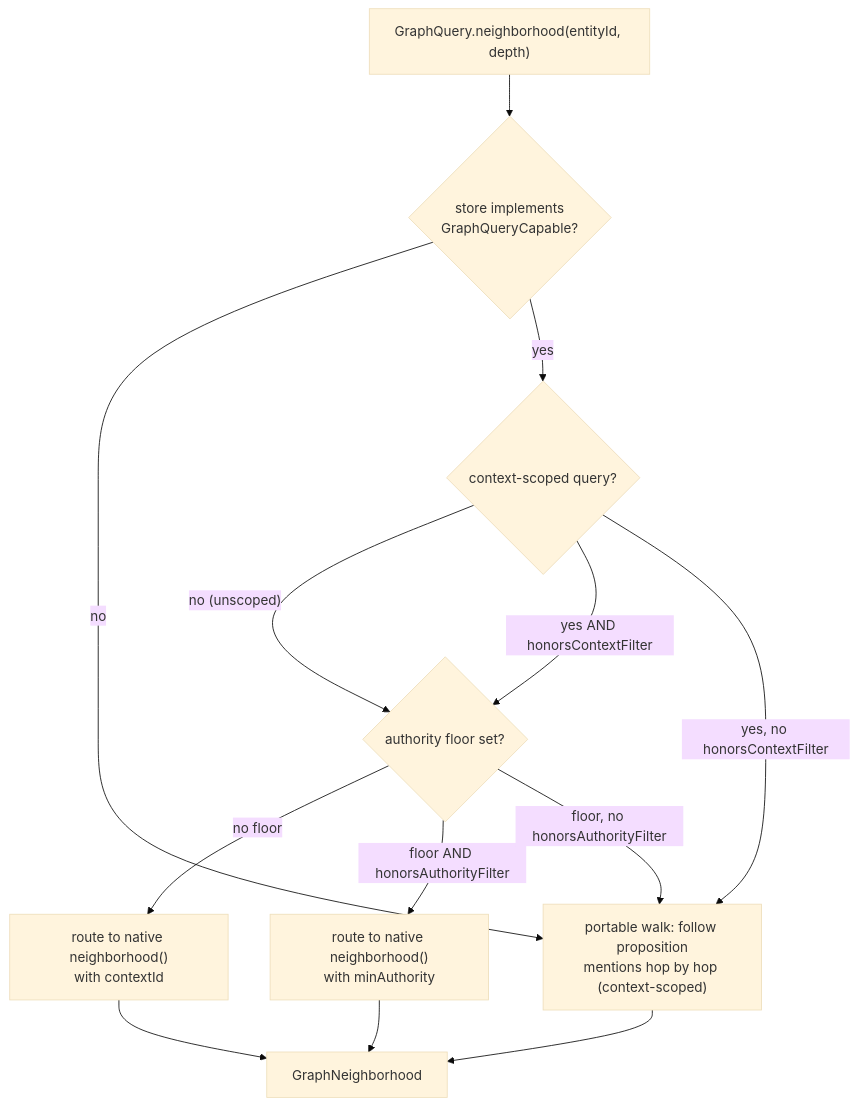
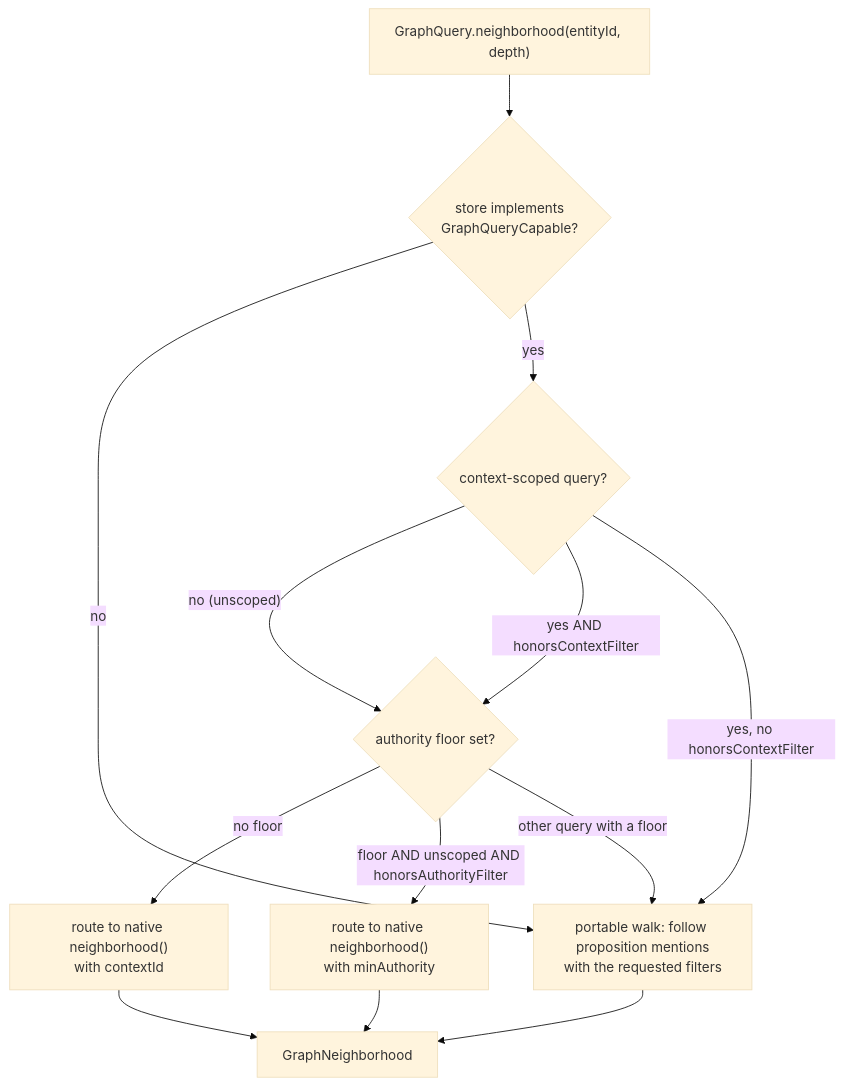
The second of 7 diagrams in docs/design/retrieval-and-discovery.md (embabel/dice), drawn with Mermaid (base theme) before and after one commit. The commit also changed other lines of this file, not shown here.

Commit message:
Document scoped authority routing for graph queries

````diff
--- a/docs/design/retrieval-and-discovery.md
+++ b/docs/design/retrieval-and-discovery.md
@@ -83,15 +81,15 @@
 ```mermaid
 flowchart TD
     GQ["GraphQuery.neighborhood(entityId, depth)"] --> CAP{"store implements<br/>GraphQueryCapable?"}
-    CAP -->|"no"| PORTABLE["portable walk: follow proposition<br/>mentions hop by hop (context-scoped)"]
+    CAP -->|"no"| PORTABLE["portable walk: follow proposition mentions<br/>with the requested filters"]
     CAP -->|"yes"| SCOPE{"context-scoped query?"}
     SCOPE -->|"no (unscoped)"| AUTH
     SCOPE -->|"yes AND honorsContextFilter"| AUTH{"authority floor set?"}
     SCOPE -->|"yes, no honorsContextFilter"| PORTABLE
     AUTH -->|"no floor"| NATIVEPLAIN["route to native neighborhood()<br/>with contextId"]
-    AUTH -->|"floor AND honorsAuthorityFilter"| NATIVE["route to native neighborhood()<br/>with minAuthority"]
-    AUTH -->|"floor, no honorsAuthorityFilter"| PORTABLE
+    AUTH -->|"floor AND unscoped AND honorsAuthorityFilter"| NATIVE["route to native neighborhood()<br/>with minAuthority"]
+    AUTH -->|"other query with a floor"| PORTABLE
     NATIVE --> RESULT[GraphNeighborhood]
     NATIVEPLAIN --> RESULT
     PORTABLE --> RESULT
 ```
````
